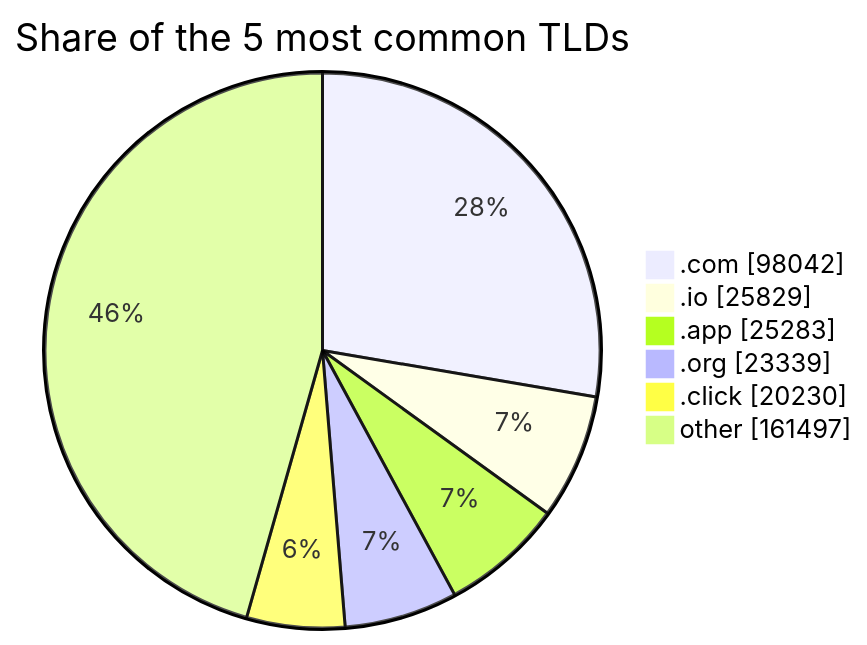
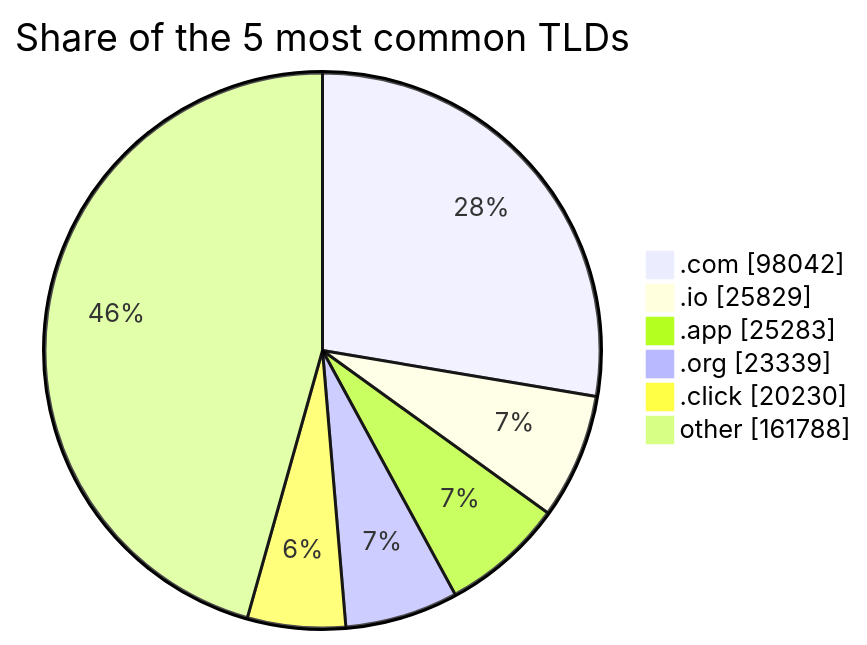
One commit to DNSBunker/CTI changed the third of 3 diagrams in README.md. Above: the diagram before and after it, drawn with Mermaid. The commit also changed other lines of this file and 3 other files, not shown here.

````diff
--- a/README.md
+++ b/README.md
@@ -81,9 +81,9 @@
 ```mermaid
 pie showData title Share of the 5 most common TLDs
     ".com" : 98042
     ".io" : 25829
     ".app" : 25283
     ".org" : 23339
     ".click" : 20230
-    "other" : 161497
+    "other" : 161788
 ```
````
